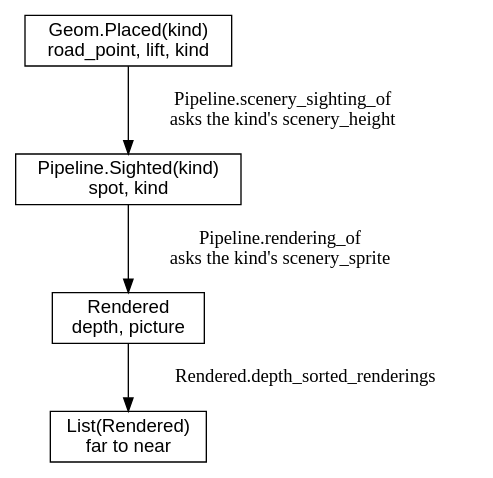
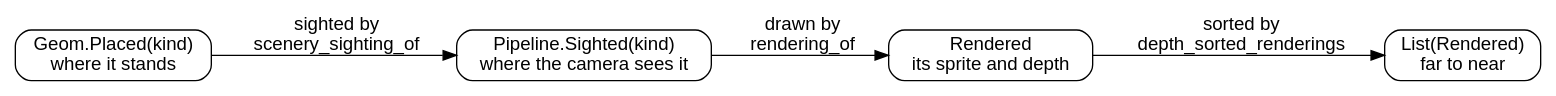
One commit to showell/roc-apps changed the sixth of 30 diagrams in canvas_apps/safari/tutorial/tutorial.md. Above: the diagram before and after it, drawn with Graphviz. The commit also changed other lines of this file, not shown here.

````diff
--- a/canvas_apps/safari/tutorial/tutorial.md
+++ b/canvas_apps/safari/tutorial/tutorial.md
@@ -743,12 +729,14 @@
 ```dot
 digraph forms {
-  node [shape=box, fontname="Helvetica"];
-  placed [label="Geom.Placed(kind)\nroad_point, lift, kind"];
-  sighted [label="Pipeline.Sighted(kind)\nspot, kind"];
-  rendered [label="Rendered\ndepth, picture"];
+  rankdir=LR;
+  node [shape=box, style=rounded, fontname="Helvetica"];
+  edge [fontname="Helvetica"];
+  placed [label="Geom.Placed(kind)\nwhere it stands"];
+  sighted [label="Pipeline.Sighted(kind)\nwhere the camera sees it"];
+  rendered [label="Rendered\nits sprite and depth"];
   sorted [label="List(Rendered)\nfar to near"];
-  placed -> sighted [label="  Pipeline.scenery_sighting_of\n  asks the kind's scenery_height"];
-  sighted -> rendered [label="  Pipeline.rendering_of\n  asks the kind's scenery_sprite"];
-  rendered -> sorted [label="  Rendered.depth_sorted_renderings"];
+  placed -> sighted [label="  sighted by\n  scenery_sighting_of"];
+  sighted -> rendered [label="  drawn by\n  rendering_of"];
+  rendered -> sorted [label="  sorted by\n  depth_sorted_renderings"];
 }
 ```
````
